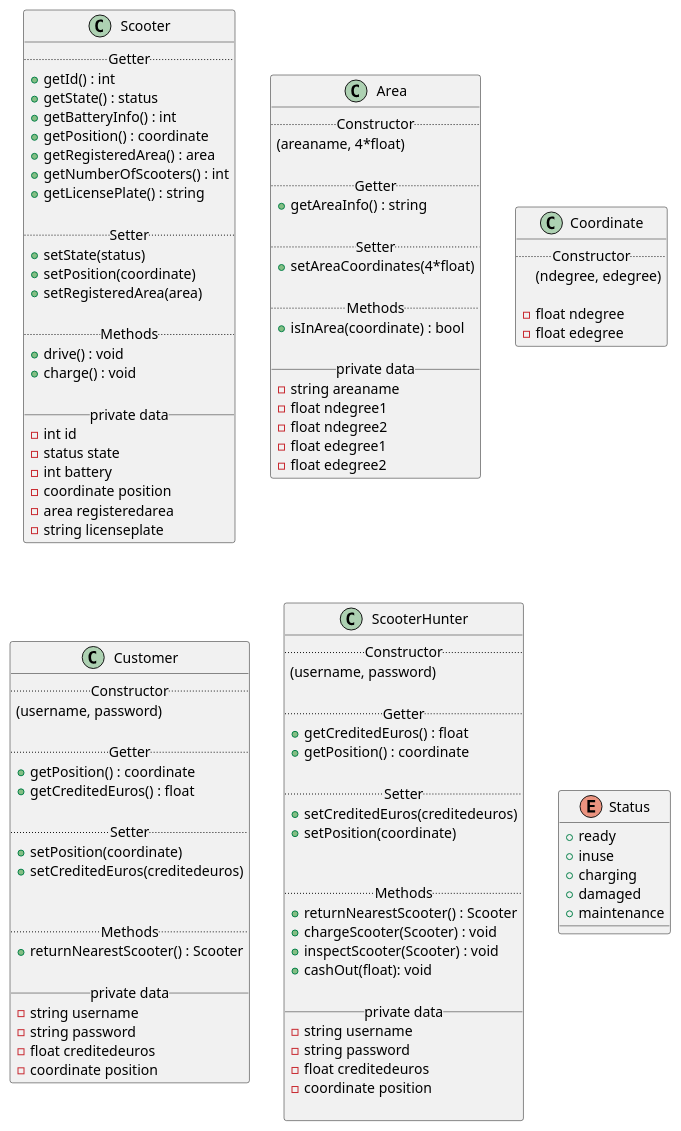
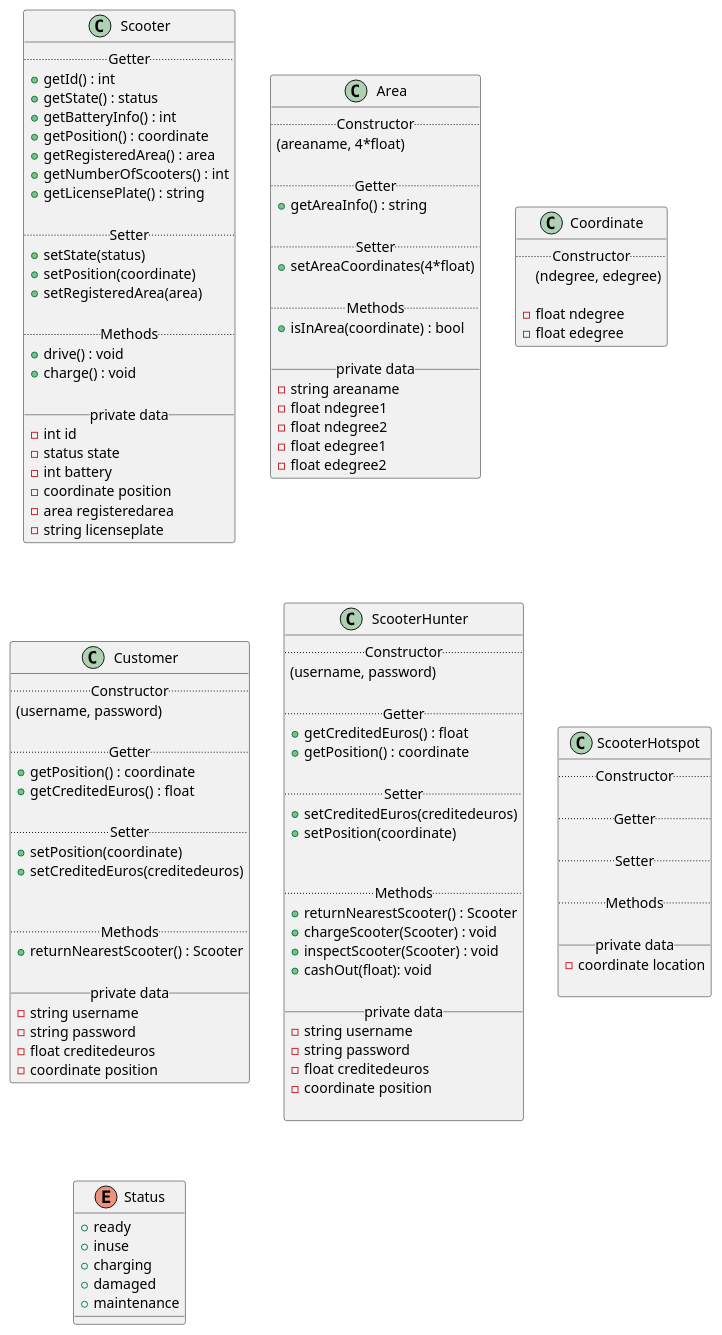
One commit to fh-erfurt/Scooter-MS changed the diagram in umldiagram.iuml. Above: the diagram before and after it, drawn with PlantUML.

Commit message:
updated UML

```diff
--- a/umldiagram.iuml
+++ b/umldiagram.iuml
@@ -1,137 +1,149 @@
 @startuml
 
 
 
 
 
 skinparam componentStyle uml2
 
 
 
 class Scooter {
     .. Getter ..
   + getId() : int
   + getState() : status
   + getBatteryInfo() : int
   + getPosition() : coordinate
   + getRegisteredArea() : area
   + getNumberOfScooters() : int
   + getLicensePlate() : string
 
   .. Setter ..
   + setState(status)
   + setPosition(coordinate)
   + setRegisteredArea(area)
 
   .. Methods ..
   + drive() : void
   + charge() : void
 
   __ private data __
   -int id
   -status state
   -int battery
   -coordinate position
   -area registeredarea
   -string licenseplate
 }
 
 class Area {
   .. Constructor ..
   (areaname, 4*float)
 
   .. Getter ..
   + getAreaInfo() : string
 
   .. Setter ..
   + setAreaCoordinates(4*float)
 
   .. Methods ..
   + isInArea(coordinate) : bool
 
   __ private data __
   -string areaname
   -float ndegree1
   -float ndegree2
   -float edegree1
   -float edegree2
 }
 
 
 
 class Coordinate {
   .. Constructor ..
   (ndegree, edegree)
 
   -float ndegree
   -float edegree
 }
 
 
 class Customer {
   .. Constructor ..
   (username, password)
 
   .. Getter ..
   + getPosition() : coordinate
   + getCreditedEuros() : float
 
   .. Setter ..
   + setPosition(coordinate)
   + setCreditedEuros(creditedeuros)
 
 
   .. Methods ..
   + returnNearestScooter() : Scooter
 
   __ private data __
   -string username
   -string password
   -float creditedeuros
   -coordinate position
 }
 
 class ScooterHunter {
   .. Constructor ..
     (username, password)
 
   .. Getter ..
   + getCreditedEuros() : float
   + getPosition() : coordinate
 
   .. Setter ..
   + setCreditedEuros(creditedeuros)
   + setPosition(coordinate)
 
 
   .. Methods ..
   + returnNearestScooter() : Scooter
   + chargeScooter(Scooter) : void
   + inspectScooter(Scooter) : void
   + cashOut(float): void
 
   __ private data __
   -string username
   -string password
   -float creditedeuros
   -coordinate position
 
 }
 
+class ScooterHotspot {
+  .. Constructor ..
 
+  .. Getter ..
+
+  .. Setter ..
+
+  .. Methods ..
+
+  __ private data __
+  -coordinate location
+
+}
 
 enum Status {
   + ready
   + inuse
   + charging
   + damaged
   + maintenance
 }
 
 
 
 
 
 
 
 @enduml
```
